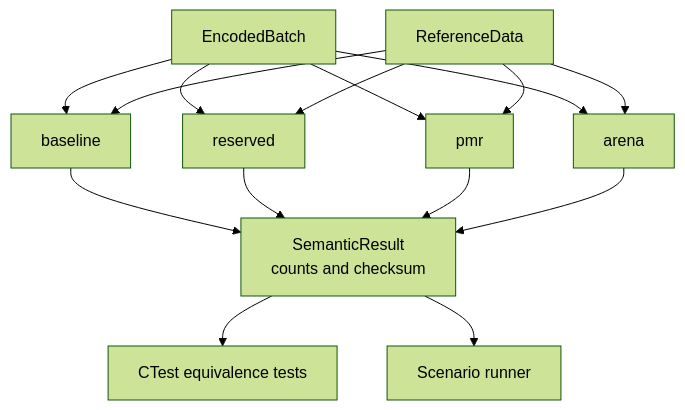
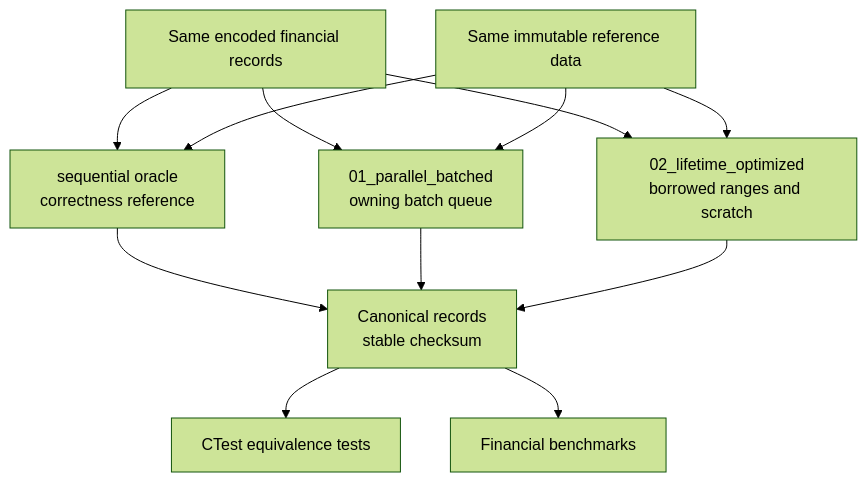
Before and after one commit to sergiorf/throughput-cpp-lab: the diagram in article/diagrams/src/stage-architecture.mmd, drawn with Mermaid (forest theme). The commit also changed 69 other files, not shown here.

```diff
--- a/article/diagrams/src/stage-architecture.mmd
+++ b/article/diagrams/src/stage-architecture.mmd
@@ -1,26 +1,22 @@
 flowchart TB
-    input[EncodedBatch]
-    ref[ReferenceData]
-    baseline[baseline]
-    reserved[reserved]
-    pmr[pmr]
-    arena[arena]
-    semantic[SemanticResult<br/>counts and checksum]
+    input[Same encoded financial records]
+    ref[Same immutable reference data]
+    oracle[sequential oracle<br/>correctness reference]
+    batched[01_parallel_batched<br/>owning batch queue]
+    optimized[02_lifetime_optimized<br/>borrowed ranges and scratch]
+    canonical[Canonical records<br/>stable checksum]
+    benches[Financial benchmarks]
     tests[CTest equivalence tests]
-    scenario[Scenario runner]
 
-    input --> baseline
-    input --> reserved
-    input --> pmr
-    input --> arena
-    ref --> baseline
-    ref --> reserved
-    ref --> pmr
-    ref --> arena
+    input --> oracle
+    input --> batched
+    input --> optimized
+    ref --> oracle
+    ref --> batched
+    ref --> optimized
 
-    baseline --> semantic
-    reserved --> semantic
-    pmr --> semantic
-    arena --> semantic
-    semantic --> tests
-    semantic --> scenario
+    oracle --> canonical
+    batched --> canonical
+    optimized --> canonical
+    canonical --> tests
+    canonical --> benches
```
